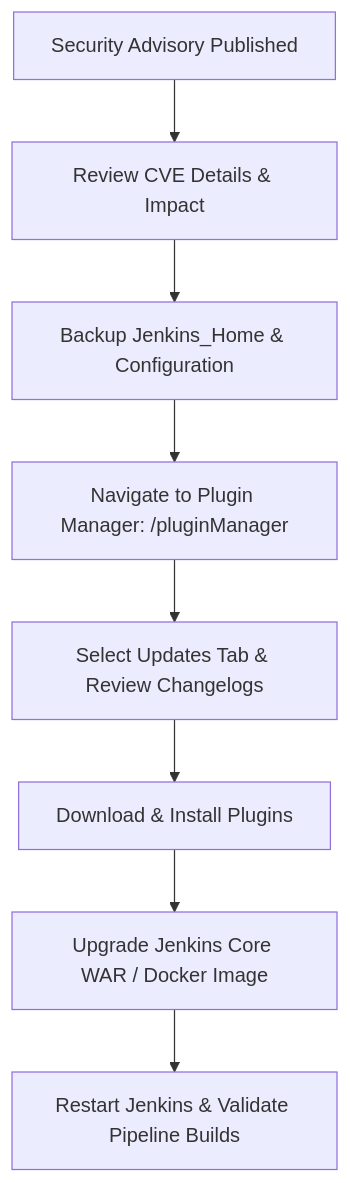
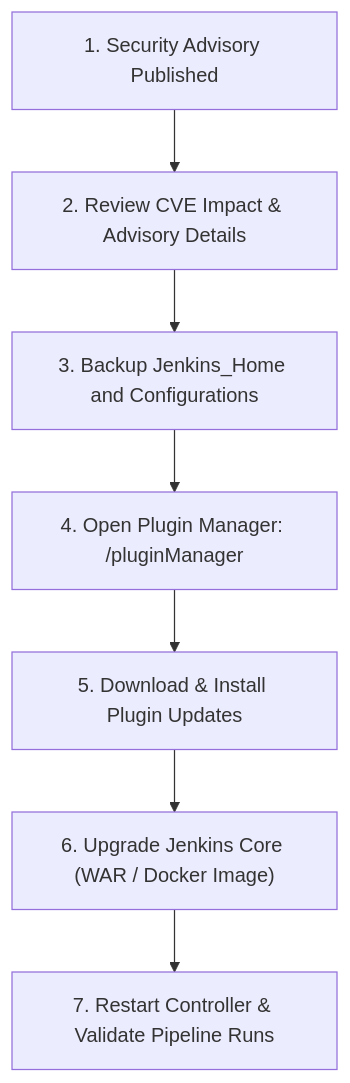
The second of 2 diagrams in CI_CD_DOCUMENTATION.md (oanzia99/pre-tech613-sparta-app-cicd-jenkins), drawn with Mermaid before and after one commit. The commit also changed other lines of this file and 1 other file, not shown here.

Commit message:
docs: improve CI/CD documentation based on review feedback

````diff
--- a/CI_CD_DOCUMENTATION.md
+++ b/CI_CD_DOCUMENTATION.md
@@ -295,10 +421,9 @@
 ```mermaid
 flowchart TD
-    A[Security Advisory Published] --> B[Review CVE Details & Impact]
-    B --> C[Backup Jenkins_Home & Configuration]
-    C --> D[Navigate to Plugin Manager: /pluginManager]
-    D --> E[Select Updates Tab & Review Changelogs]
-    E --> F[Download & Install Plugins]
-    F --> G[Upgrade Jenkins Core WAR / Docker Image]
-    G --> H[Restart Jenkins & Validate Pipeline Builds]
+    A["1. Security Advisory Published"] --> B["2. Review CVE Impact & Advisory Details"]
+    B --> C["3. Backup Jenkins_Home and Configurations"]
+    C --> D["4. Open Plugin Manager: /pluginManager"]
+    D --> E["5. Download & Install Plugin Updates"]
+    E --> F["6. Upgrade Jenkins Core (WAR / Docker Image)"]
+    F --> G["7. Restart Controller & Validate Pipeline Runs"]
 ```
````
